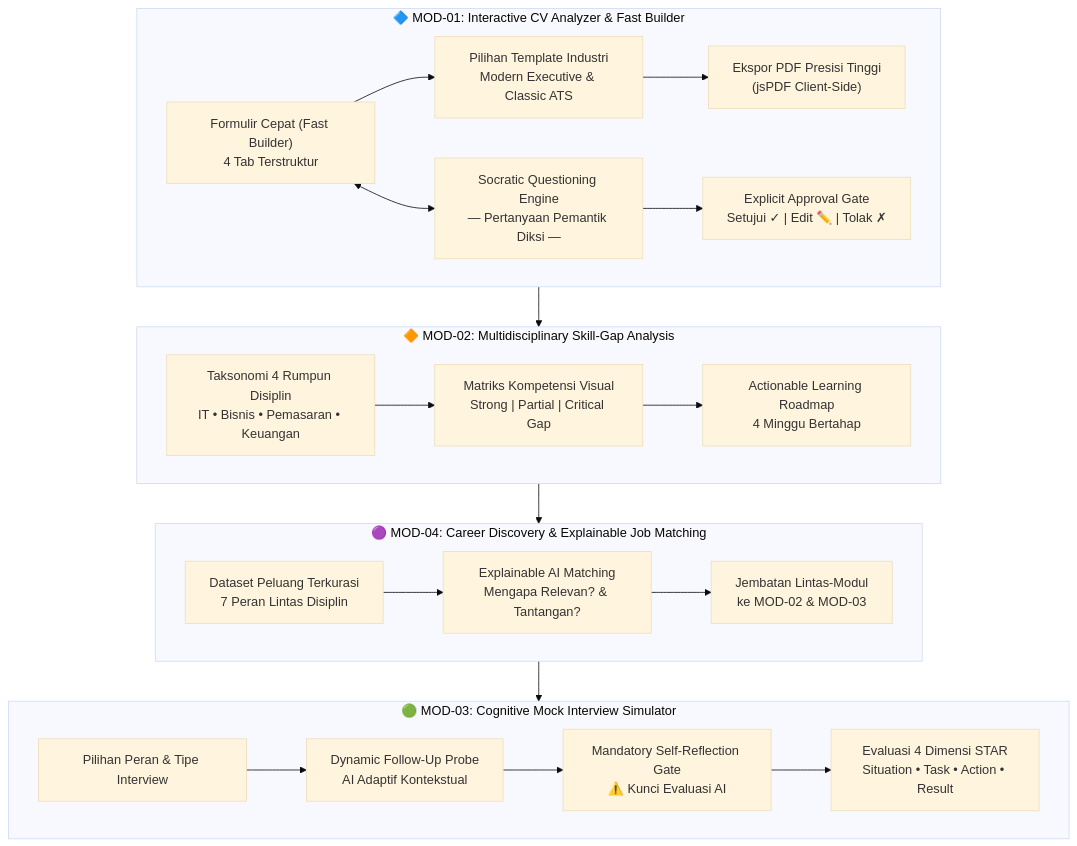
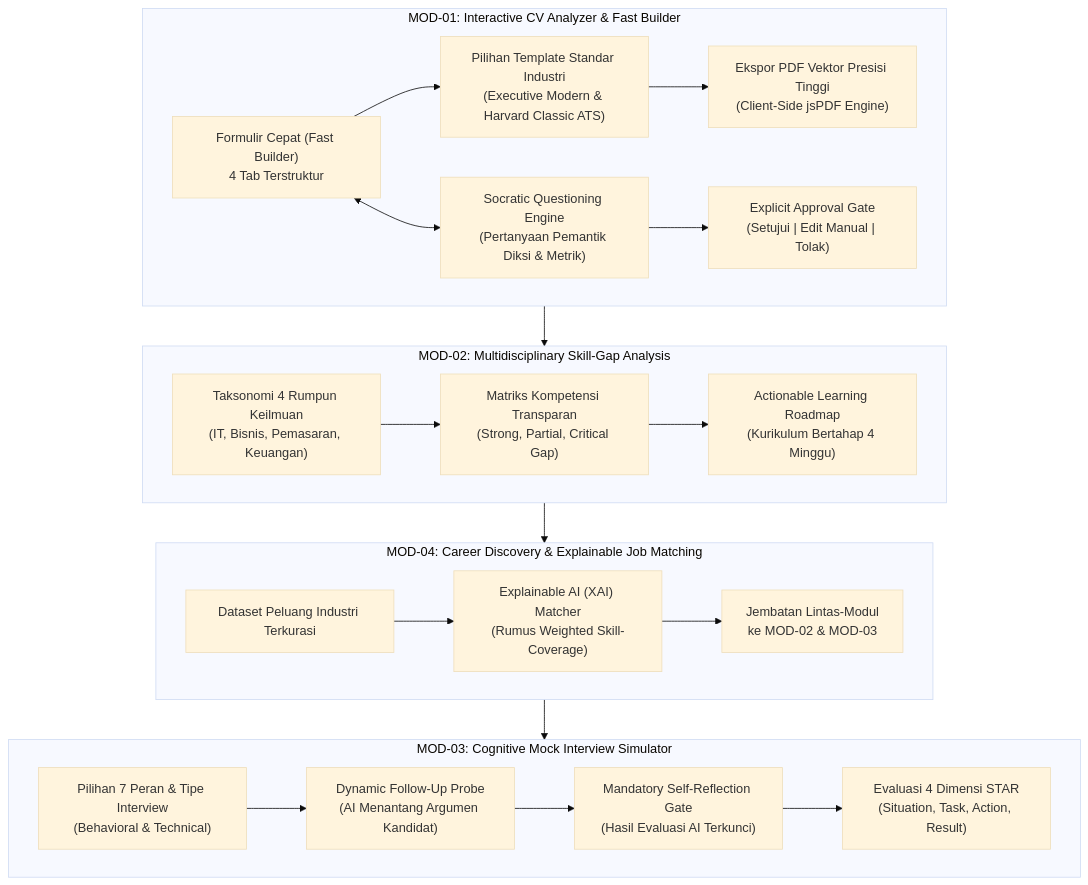
The first of 3 diagrams in PROPOSAL_GDI_FEST_2026.md (rikiardiansyah-web/CareerStudentAI), drawn with Mermaid (base theme) before and after one commit. The commit also changed other lines of this file and 4 other files, not shown here.

Commit message:
docs & feat: revise proposal based on judge feedback and rename CV templates to Executive Modern & Harvard Classic ATS

````diff
--- a/PROPOSAL_GDI_FEST_2026.md
+++ b/PROPOSAL_GDI_FEST_2026.md
@@ -121,29 +106,29 @@
 ```mermaid
 flowchart TD
-    subgraph MOD01["🔷 MOD-01: Interactive CV Analyzer & Fast Builder"]
-        FB["Formulir Cepat (Fast Builder)\n4 Tab Terstruktur"] --> Template["Pilihan Template Industri\nModern Executive & Classic ATS"]
-        Template --> Exporter["Ekspor PDF Presisi Tinggi\n(jsPDF Client-Side)"]
-        FB <--> SE["Socratic Questioning Engine\n— Pertanyaan Pemantik Diksi —"]
-        SE --> AG["Explicit Approval Gate\nSetujui ✓ | Edit ✏️ | Tolak ✗"]
+    subgraph MOD01["MOD-01: Interactive CV Analyzer & Fast Builder"]
+        FB["Formulir Cepat (Fast Builder)\n4 Tab Terstruktur"] --> TPL["Pilihan Template Standar Industri\n(Executive Modern & Harvard Classic ATS)"]
+        TPL --> EXP["Ekspor PDF Vektor Presisi Tinggi\n(Client-Side jsPDF Engine)"]
+        FB <--> SE["Socratic Questioning Engine\n(Pertanyaan Pemantik Diksi & Metrik)"]
+        SE --> AG["Explicit Approval Gate\n(Setujui | Edit Manual | Tolak)"]
     end
 
-    subgraph MOD02["🔶 MOD-02: Multidisciplinary Skill-Gap Analysis"]
-        Taxonomy["Taksonomi 4 Rumpun Disiplin\nIT • Bisnis • Pemasaran • Keuangan"] --> Matcher["Matriks Kompetensi Visual\nStrong | Partial | Critical Gap"]
-        Matcher --> Roadmap["Actionable Learning Roadmap\n4 Minggu Bertahap"]
+    subgraph MOD02["MOD-02: Multidisciplinary Skill-Gap Analysis"]
+        TAX["Taksonomi 4 Rumpun Keilmuan\n(IT, Bisnis, Pemasaran, Keuangan)"] --> MAT["Matriks Kompetensi Transparan\n(Strong, Partial, Critical Gap)"]
+        MAT --> RDM["Actionable Learning Roadmap\n(Kurikulum Bertahap 4 Minggu)"]
     end
 
-    subgraph MOD03["🟢 MOD-03: Cognitive Mock Interview Simulator"]
-        RoleSelector["Pilihan Peran & Tipe Interview"] --> DynamicProbe["Dynamic Follow-Up Probe\nAI Adaptif Kontekstual"]
-        DynamicProbe --> SelfReflect["Mandatory Self-Reflection Gate\n⚠️ Kunci Evaluasi AI"]
-        SelfReflect --> STAREval["Evaluasi 4 Dimensi STAR\nSituation • Task • Action • Result"]
+    subgraph MOD03["MOD-03: Cognitive Mock Interview Simulator"]
+        SEL["Pilihan 7 Peran & Tipe Interview\n(Behavioral & Technical)"] --> PROB["Dynamic Follow-Up Probe\n(AI Menantang Argumen Kandidat)"]
+        PROB --> SRG["Mandatory Self-Reflection Gate\n(Hasil Evaluasi AI Terkunci)"]
+        SRG --> STAR["Evaluasi 4 Dimensi STAR\n(Situation, Task, Action, Result)"]
     end
 
-    subgraph MOD04["🟣 MOD-04: Career Discovery & Explainable Job Matching"]
-        CuratedJobs["Dataset Peluang Terkurasi\n7 Peran Lintas Disiplin"] --> XAI["Explainable AI Matching\nMengapa Relevan? & Tantangan?"]
-        XAI --> Bridge["Jembatan Lintas-Modul\nke MOD-02 & MOD-03"]
+    subgraph MOD04["MOD-04: Career Discovery & Explainable Job Matching"]
+        CUR["Dataset Peluang Industri Terkurasi"] --> XAI["Explainable AI (XAI) Matcher\n(Rumus Weighted Skill-Coverage)"]
+        XAI --> LINK["Jembatan Lintas-Modul\nke MOD-02 & MOD-03"]
     end
 
     MOD01 --> MOD02
     MOD02 --> MOD04
     MOD04 --> MOD03
 ```
````
